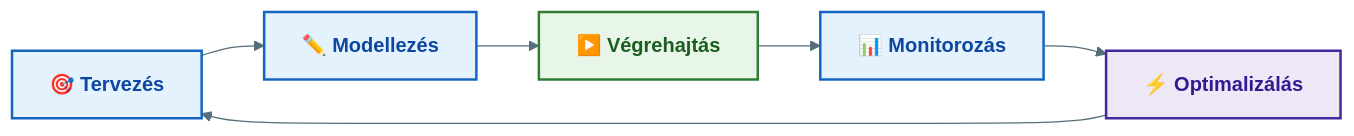
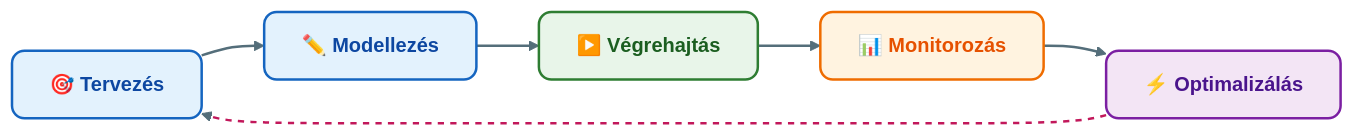
Before and after one commit to denespocsik/MM_BSC_Zarovizsga: the first of 2 diagrams in Tételek/V01-GMXSF2MBLF-BPM életciklusa és BPMS rendszerek.tétel.md, drawn with Mermaid. The commit also changed other lines of this file and 34 other files, not shown here.

First line of the commit message:
style(tételek): egységes vizuális arculat a Mermaid-diagramokhoz

````diff
--- a/Tételek/V01-GMXSF2MBLF-BPM életciklusa és BPMS rendszerek.tétel.md
+++ b/Tételek/V01-GMXSF2MBLF-BPM életciklusa és BPMS rendszerek.tétel.md
@@ -17,13 +17,16 @@
 ```mermaid
-%%{init: {'theme': 'base', 'themeVariables': {'primaryColor': '#E3F2FD', 'primaryBorderColor': '#1565C0', 'lineColor': '#546E7A', 'edgeLabelBackground': '#F5F5F5'}}}%%
 flowchart LR
-    classDef plan  fill:#E3F2FD,stroke:#1565C0,stroke-width:2px,color:#0D47A1,font-weight:bold
-    classDef exec  fill:#E8F5E9,stroke:#2E7D32,stroke-width:2px,color:#1B5E20,font-weight:bold
-    classDef optim fill:#EDE7F6,stroke:#4527A0,stroke-width:2px,color:#311B92,font-weight:bold
+    T["🎯 <b>Tervezés</b>"]:::kek --> M["✏️ <b>Modellezés</b>"]:::kek
+    M --> V["▶️ <b>Végrehajtás</b>"]:::zold
+    V --> Mo["📊 <b>Monitorozás</b>"]:::narancs
+    Mo --> O["⚡ <b>Optimalizálás</b>"]:::lila
+    O --> T
 
-    T["🎯 Tervezés"]:::plan --> M["✏️ Modellezés"]:::plan
-    M --> V["▶️ Végrehajtás"]:::exec
-    V --> Mo["📊 Monitorozás"]:::plan
-    Mo --> O["⚡ Optimalizálás"]:::optim
-    O --> T
+    classDef kek     fill:#e3f2fd,stroke:#1565c0,stroke-width:2px,color:#0d47a1,rx:10,ry:10;
+    classDef zold    fill:#e8f5e9,stroke:#2e7d32,stroke-width:2px,color:#1b5e20,rx:10,ry:10;
+    classDef narancs fill:#fff3e0,stroke:#ef6c00,stroke-width:2px,color:#e65100,rx:10,ry:10;
+    classDef lila    fill:#f3e5f5,stroke:#7b1fa2,stroke-width:2px,color:#4a148c,rx:10,ry:10;
+
+    linkStyle default stroke:#546e7a,stroke-width:2px;
+    linkStyle 4 stroke:#c2185b,stroke-width:2px,stroke-dasharray: 5 5;
 ```
````
